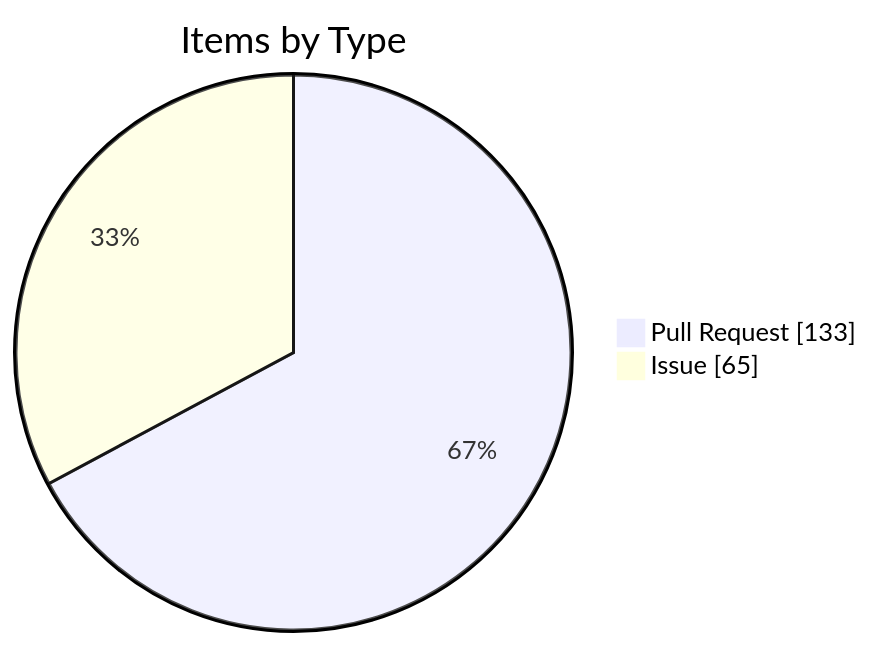
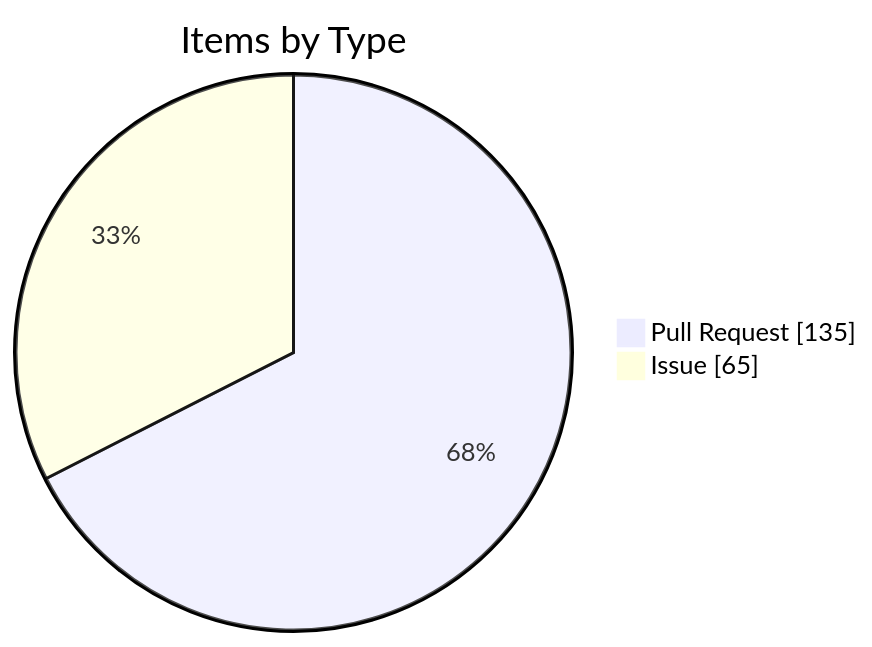
One commit to KBVE/kbve changed the fourth of 4 diagrams in apps/kbve/astro-kbve/src/content/docs/dashboard/kanban-data.mdx. Above: the diagram before and after it, drawn with Mermaid. The commit also changed other lines of this file and 7 other files, not shown here.

````diff
--- a/apps/kbve/astro-kbve/src/content/docs/dashboard/kanban-data.mdx
+++ b/apps/kbve/astro-kbve/src/content/docs/dashboard/kanban-data.mdx
@@ -116,6 +115,6 @@
 ```mermaid
 pie showData
     title Items by Type
-    "Pull Request" : 133
+    "Pull Request" : 135
     "Issue" : 65
 ```
````
